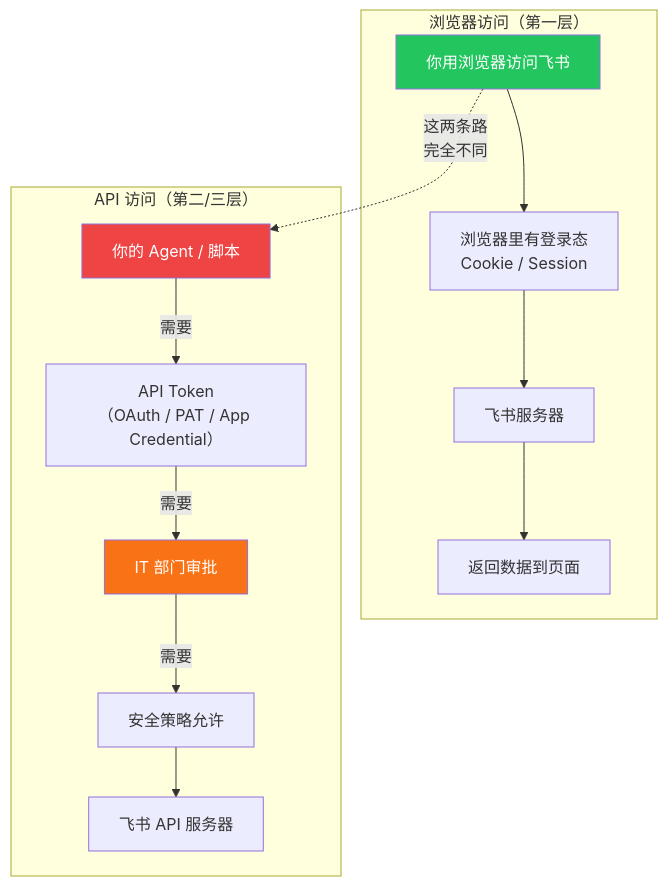
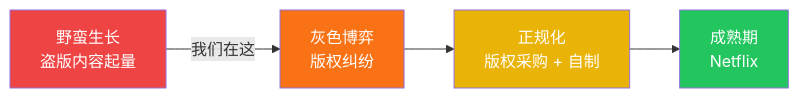
The fifth of 8 diagrams in content/zh/posts/visual-vs-api-permission.md (Trashwbin/quill), drawn with Mermaid before and after one commit. The commit also changed other lines of this file and 5 other files, not shown here.

````diff
--- a/content/zh/posts/visual-vs-api-permission.md
+++ b/content/zh/posts/visual-vs-api-permission.md
@@ -96,23 +138,16 @@
 ```mermaid
-graph TB
-    subgraph "浏览器访问（第一层）"
-        Browser["你用浏览器访问飞书"]
-        Browser --> Session["浏览器里有登录态<br/>Cookie / Session"]
-        Session --> Server["飞书服务器"]
-        Server --> Data["返回数据到页面"]
-    end
+graph LR
+    S1["野蛮生长<br/>盗版内容起量"]
+    S2["灰色博弈<br/>版权纠纷"]
+    S3["正规化<br/>版权采购 + 自制"]
+    S4["成熟期<br/>Netflix"]
     
-    subgraph "API 访问（第二/三层）"
-        API_Client["你的 Agent / 脚本"]
-        API_Client -->|"需要"| Token["API Token<br/>（OAuth / PAT / App Credential）"]
-        Token -->|"需要"| IT["IT 部门审批"]
-        IT -->|"需要"| Policy["安全策略允许"]
-        Policy --> API_Server["飞书 API 服务器"]
-    end
+    S1 -->|"我们在这"| S2
+    S2 --> S3
+    S3 --> S4
     
-    Browser -.->|"这两条路<br/>完全不同"| API_Client
-    
-    style Browser fill:#22c55e,color:#fff
-    style API_Client fill:#ef4444,color:#fff
-    style IT fill:#f97316,color:#fff
+    style S1 fill:#ef4444,color:#fff
+    style S2 fill:#f97316,color:#fff
+    style S3 fill:#eab308,color:#fff
+    style S4 fill:#22c55e,color:#fff
 ```
````
